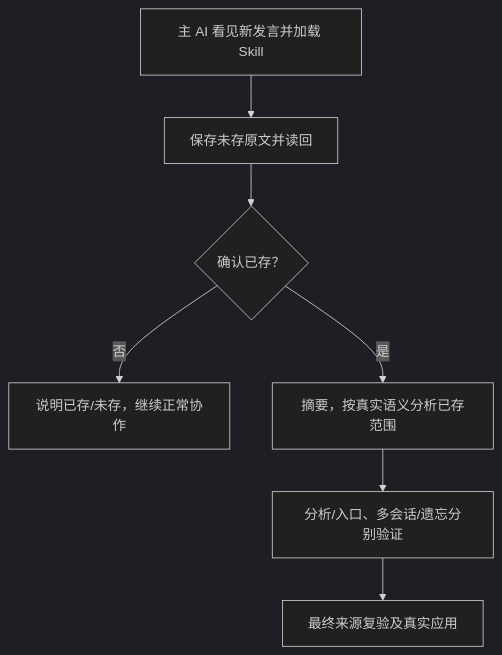
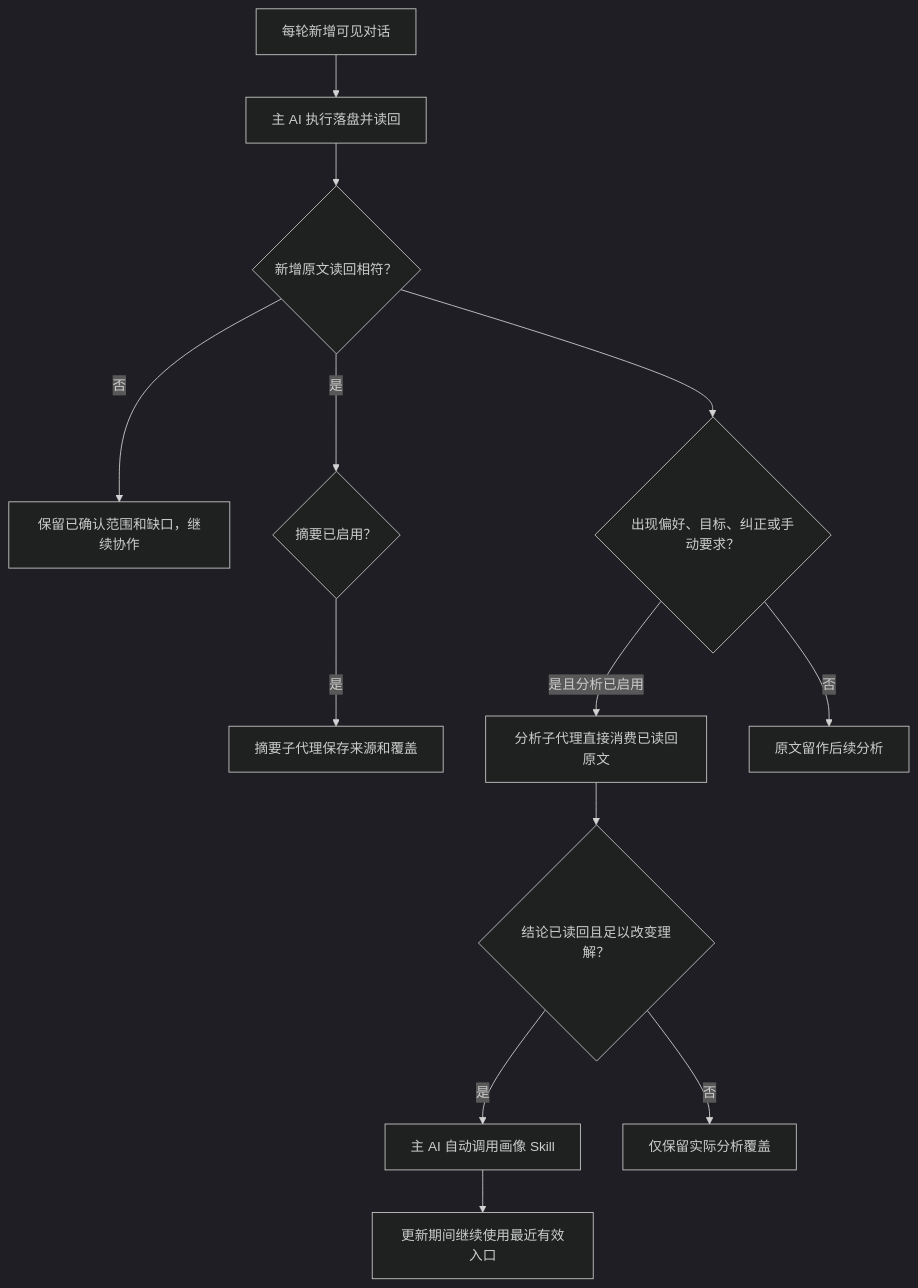
One commit to Ena-Heleneto/agent-foundry changed the first of 4 diagrams in specs/skills/20261029-speckit-workflow-foundation/analysis/spec-analysis/flows.md. Above: the diagram before and after it, drawn with Mermaid (dark theme). The commit also changed other lines of this file and 53 other files, not shown here.

````diff
--- a/specs/skills/20261029-speckit-workflow-foundation/analysis/spec-analysis/flows.md
+++ b/specs/skills/20261029-speckit-workflow-foundation/analysis/spec-analysis/flows.md
@@ -9,9 +9,15 @@
 ```mermaid
 flowchart TD
-    A["主 AI 看见新发言并加载 Skill"] --> B["保存未存原文并读回"]
-    B --> C{"确认已存？"}
-    C -->|否| D["说明已存/未存，继续正常协作"]
-    C -->|是| E["摘要，按真实语义分析已存范围"]
-    E --> F["分析/入口、多会话/遗忘分别验证"]
-    F --> G["最终来源复验及真实应用"]
+    A["每轮新增可见对话"] --> B["主 AI 执行落盘并读回"]
+    B --> C{"新增原文读回相符？"}
+    C -->|否| D["保留已确认范围和缺口，继续协作"]
+    C -->|是| E{"摘要已启用？"}
+    E -->|是| F["摘要子代理保存来源和覆盖"]
+    C --> G{"出现偏好、目标、纠正或手动要求？"}
+    G -->|是且分析已启用| H["分析子代理直接消费已读回原文"]
+    G -->|否| I["原文留作后续分析"]
+    H --> J{"结论已读回且足以改变理解？"}
+    J -->|是| K["主 AI 自动调用画像 Skill"]
+    J -->|否| L["仅保留实际分析覆盖"]
+    K --> M["更新期间继续使用最近有效入口"]
 ```
````
